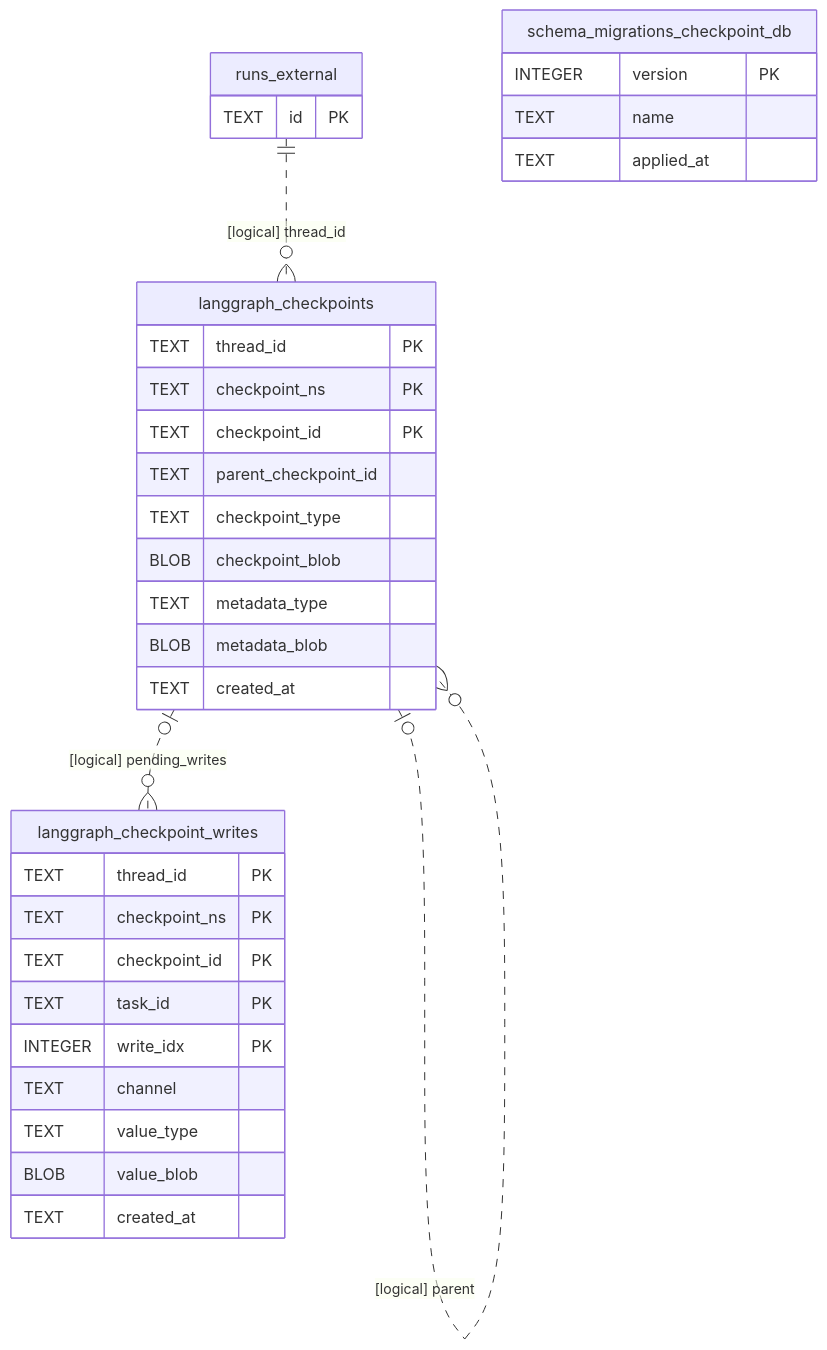
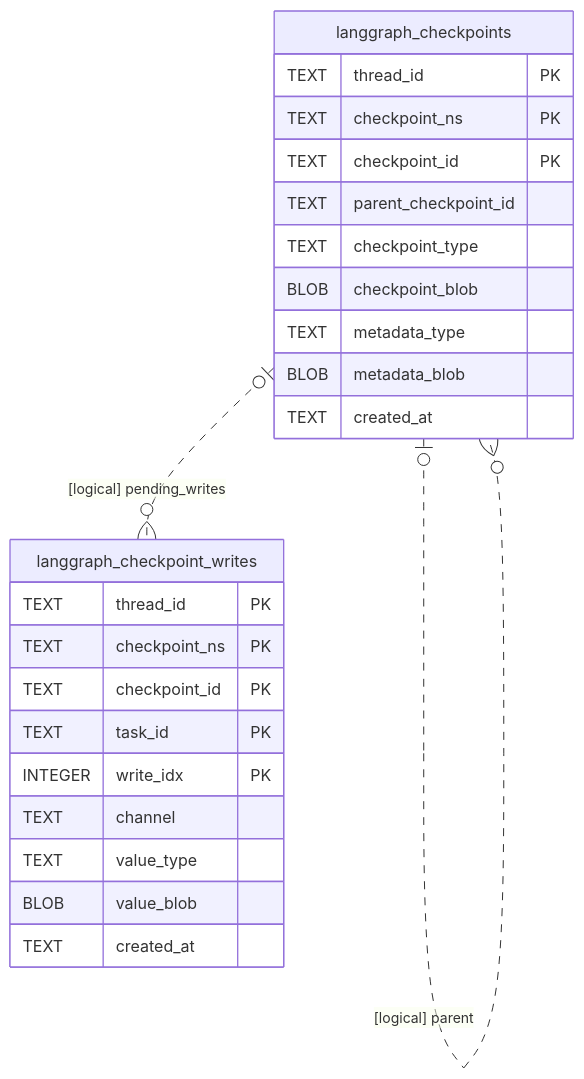
The fourth of 5 diagrams in doc/21-数据库实体关系图.md (GuoWWWX/aster-agent), drawn with Mermaid before and after one commit. The commit also changed other lines of this file and 85 other files, not shown here.

````diff
--- a/doc/21-数据库实体关系图.md
+++ b/doc/21-数据库实体关系图.md
@@ -565,40 +231,29 @@
 ```mermaid
 erDiagram
-    runs_external {
-        TEXT id PK
-    }
-
     langgraph_checkpoints {
         TEXT thread_id PK
         TEXT checkpoint_ns PK
         TEXT checkpoint_id PK
         TEXT parent_checkpoint_id
         TEXT checkpoint_type
         BLOB checkpoint_blob
         TEXT metadata_type
         BLOB metadata_blob
         TEXT created_at
     }
 
     langgraph_checkpoint_writes {
         TEXT thread_id PK
         TEXT checkpoint_ns PK
         TEXT checkpoint_id PK
         TEXT task_id PK
         INTEGER write_idx PK
         TEXT channel
         TEXT value_type
         BLOB value_blob
         TEXT created_at
     }
 
-    schema_migrations_checkpoint_db {
-        INTEGER version PK
-        TEXT name
-        TEXT applied_at
-    }
-
-    runs_external ||..o{ langgraph_checkpoints : "[logical] thread_id"
     langgraph_checkpoints o|..o{ langgraph_checkpoints : "[logical] parent"
     langgraph_checkpoints o|..o{ langgraph_checkpoint_writes : "[logical] pending_writes"
 ```
````
